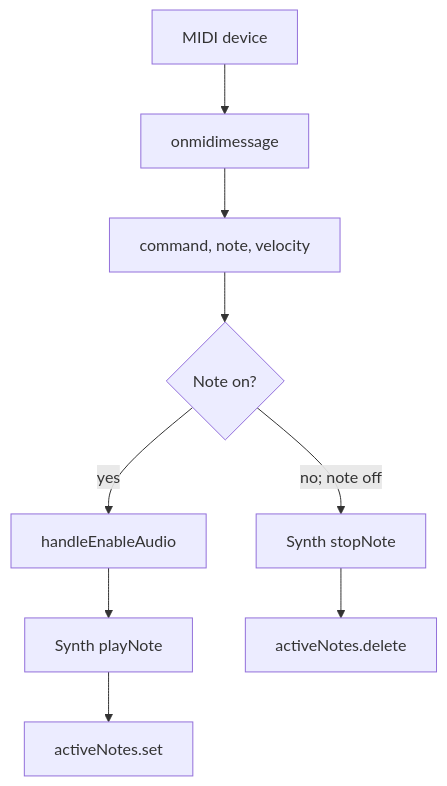
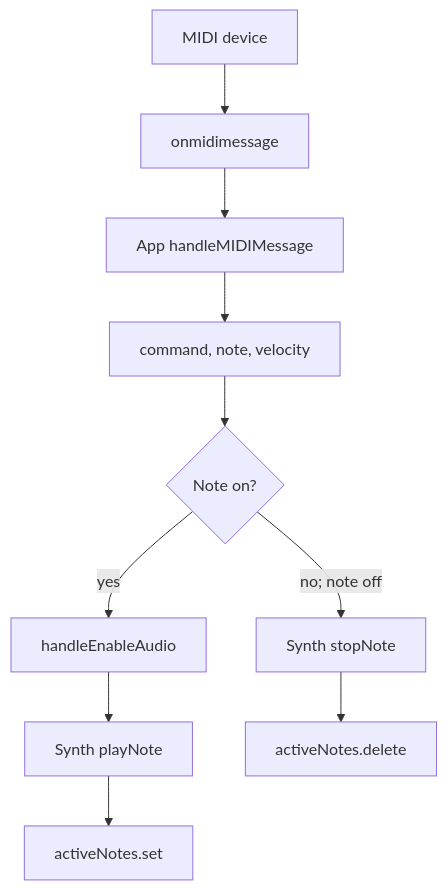
Before and after one commit to aadilmallick/midivisualizer: the third of 3 diagrams in AGENTS.md, drawn with Mermaid. The commit also changed other lines of this file and 17 other files, not shown here.

````diff
--- a/AGENTS.md
+++ b/AGENTS.md
@@ -204,11 +342,12 @@
 ```mermaid
 flowchart TD
     Device[MIDI device] --> Message[onmidimessage]
-    Message --> Parse[command, note, velocity]
+    Message --> App[App handleMIDIMessage]
+    App --> Parse[command, note, velocity]
     Parse --> On{Note on?}
     On -->|yes| EnableAudio[handleEnableAudio]
     EnableAudio --> Play[Synth playNote]
     Play --> Add[activeNotes.set]
     On -->|no; note off| Stop[Synth stopNote]
     Stop --> Delete[activeNotes.delete]
 ```
````
